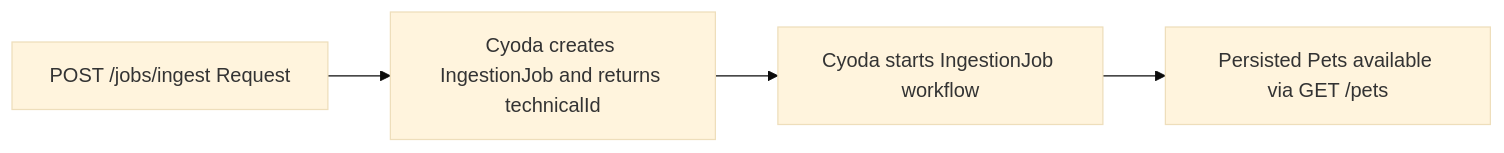
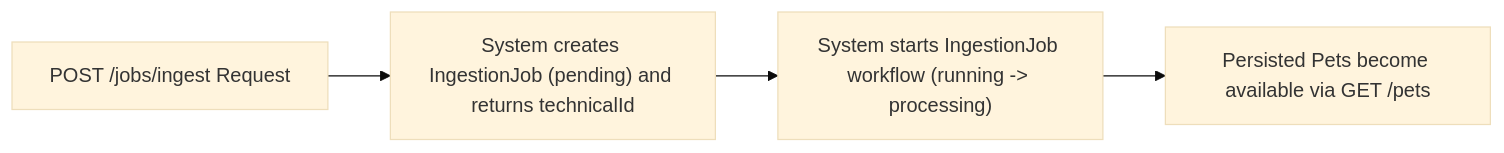
One commit to Cyoda-platform/java-client-template changed the fourth of 4 diagrams in src/main/java/com/java_template/prototype/functional_requirement.md. Above: the diagram before and after it, drawn with Mermaid (base theme). The commit also changed other lines of this file, not shown here.

````diff
--- a/src/main/java/com/java_template/prototype/functional_requirement.md
+++ b/src/main/java/com/java_template/prototype/functional_requirement.md
@@ -147,6 +344,6 @@
 ```mermaid
 flowchart LR
-    A["POST /jobs/ingest Request"] --> B["Cyoda creates IngestionJob and returns technicalId"]
-    B --> C["Cyoda starts IngestionJob workflow"]
-    C --> D["Persisted Pets available via GET /pets"]
+    A["POST /jobs/ingest Request"] --> B["System creates IngestionJob (pending) and returns technicalId"]
+    B --> C["System starts IngestionJob workflow (running -> processing)"]
+    C --> D["Persisted Pets become available via GET /pets"]
 ```
````
